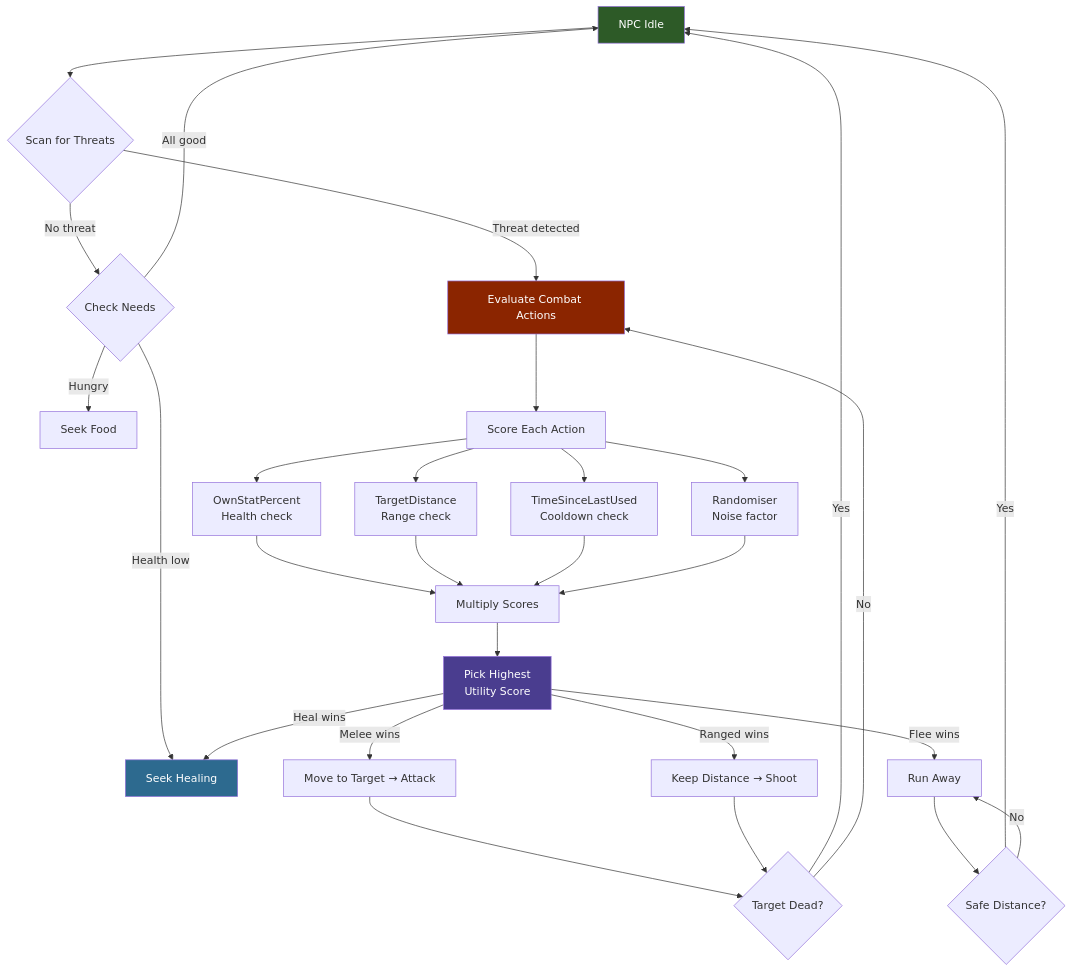
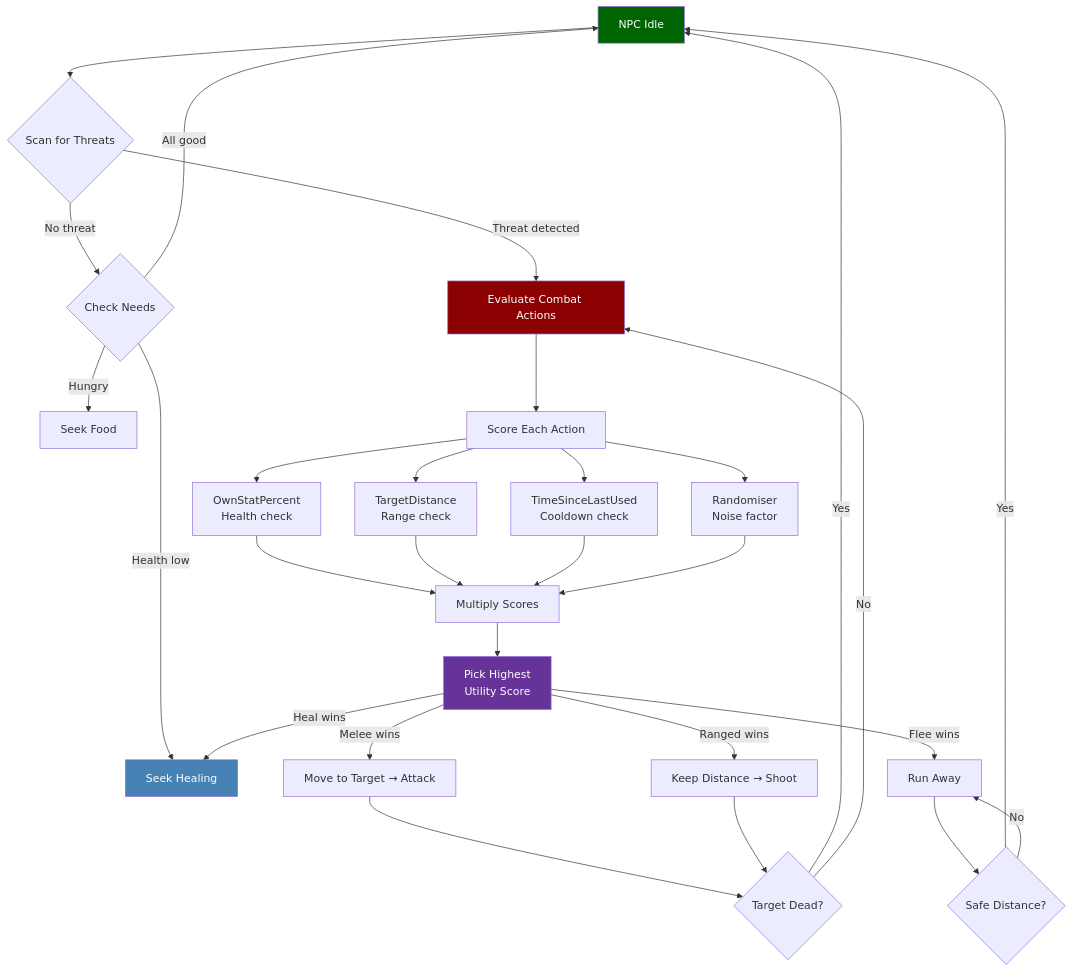
Before and after one commit to nevesb/hytale-modding-docs: the first of 2 diagrams in src/content/docs/es/reference/npc-system/npc-decision-making.md, drawn with Mermaid. The commit also changed other lines of this file and 34 other files, not shown here.

````diff
--- a/src/content/docs/es/reference/npc-system/npc-decision-making.md
+++ b/src/content/docs/es/reference/npc-system/npc-decision-making.md
@@ -74,41 +74,41 @@
 ```mermaid
-flowchart TD
+flowchart TD;
     A[NPC Idle] --> B{Scan for Threats}
     B -->|"No threat"| C{Check Needs}
     B -->|"Threat detected"| D[Evaluate Combat Actions]
 
     C -->|"Health low"| E[Seek Healing]
     C -->|"Hungry"| F[Seek Food]
     C -->|"All good"| A
 
     D --> G[Score Each Action]
-    G --> H["OwnStatPercent<br/>Health check"]
-    G --> I["TargetDistance<br/>Range check"]
-    G --> J["TimeSinceLastUsed<br/>Cooldown check"]
-    G --> K["Randomiser<br/>Noise factor"]
+    G --> H["OwnStatPercent<br>Health check"]
+    G --> I["TargetDistance<br>Range check"]
+    G --> J["TimeSinceLastUsed<br>Cooldown check"]
+    G --> K["Randomiser<br>Noise factor"]
 
     H --> L[Multiply Scores]
     I --> L
     J --> L
     K --> L
 
-    L --> M["Pick Highest<br/>Utility Score"]
+    L --> M["Pick Highest<br>Utility Score"]
     M -->|"Melee wins"| N[Move to Target → Attack]
     M -->|"Ranged wins"| O[Keep Distance → Shoot]
     M -->|"Flee wins"| P[Run Away]
     M -->|"Heal wins"| E
 
     N --> Q{Target Dead?}
     O --> Q
     Q -->|"Yes"| A
     Q -->|"No"| D
 
     P --> R{Safe Distance?}
     R -->|"Yes"| A
     R -->|"No"| P
 
-    style A fill:#2d5a27,color:#fff
-    style D fill:#8b2500,color:#fff
-    style M fill:#4a3d8f,color:#fff
-    style E fill:#2d6a8f,color:#fff
+    style A fill:darkgreen,color:white
+    style D fill:darkred,color:white
+    style M fill:rebeccapurple,color:white
+    style E fill:steelblue,color:white
 ```
````
